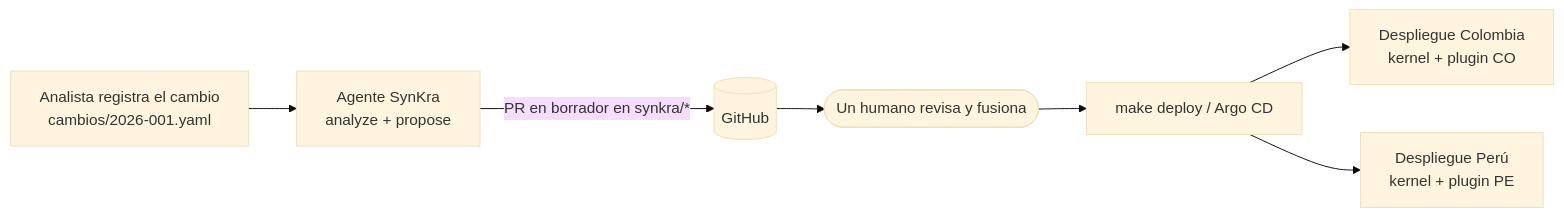
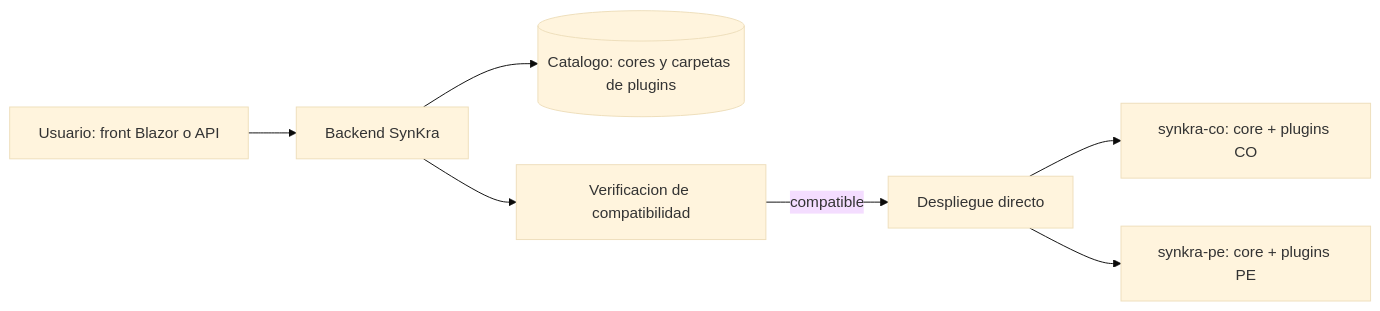
Before and after one commit to Jacarrilloc/SynKra: the diagram in README.md, drawn with Mermaid (base theme). The commit also changed other lines of this file and 54 other files, not shown here.

````diff
--- a/README.md
+++ b/README.md
@@ -28,9 +29,9 @@
 ```mermaid
 flowchart LR
-    H["Analista registra el cambio<br/>cambios/2026-001.yaml"] --> A["Agente SynKra<br/>analyze + propose"]
-    A -->|"PR en borrador en synkra/*"| G[("GitHub")]
-    G --> R(["Un humano revisa y fusiona"])
-    R --> D["make deploy / Argo CD"]
-    D --> CO["Despliegue Colombia<br/>kernel + plugin CO"]
-    D --> PE["Despliegue Perú<br/>kernel + plugin PE"]
+    U["Usuario: front Blazor o API"] --> API["Backend SynKra"]
+    API --> CAT[("Catalogo: cores y carpetas de plugins")]
+    API --> VER["Verificacion de compatibilidad"]
+    VER -->|"compatible"| DEP["Despliegue directo"]
+    DEP --> CO["synkra-co: core + plugins CO"]
+    DEP --> PE["synkra-pe: core + plugins PE"]
 ```
````
